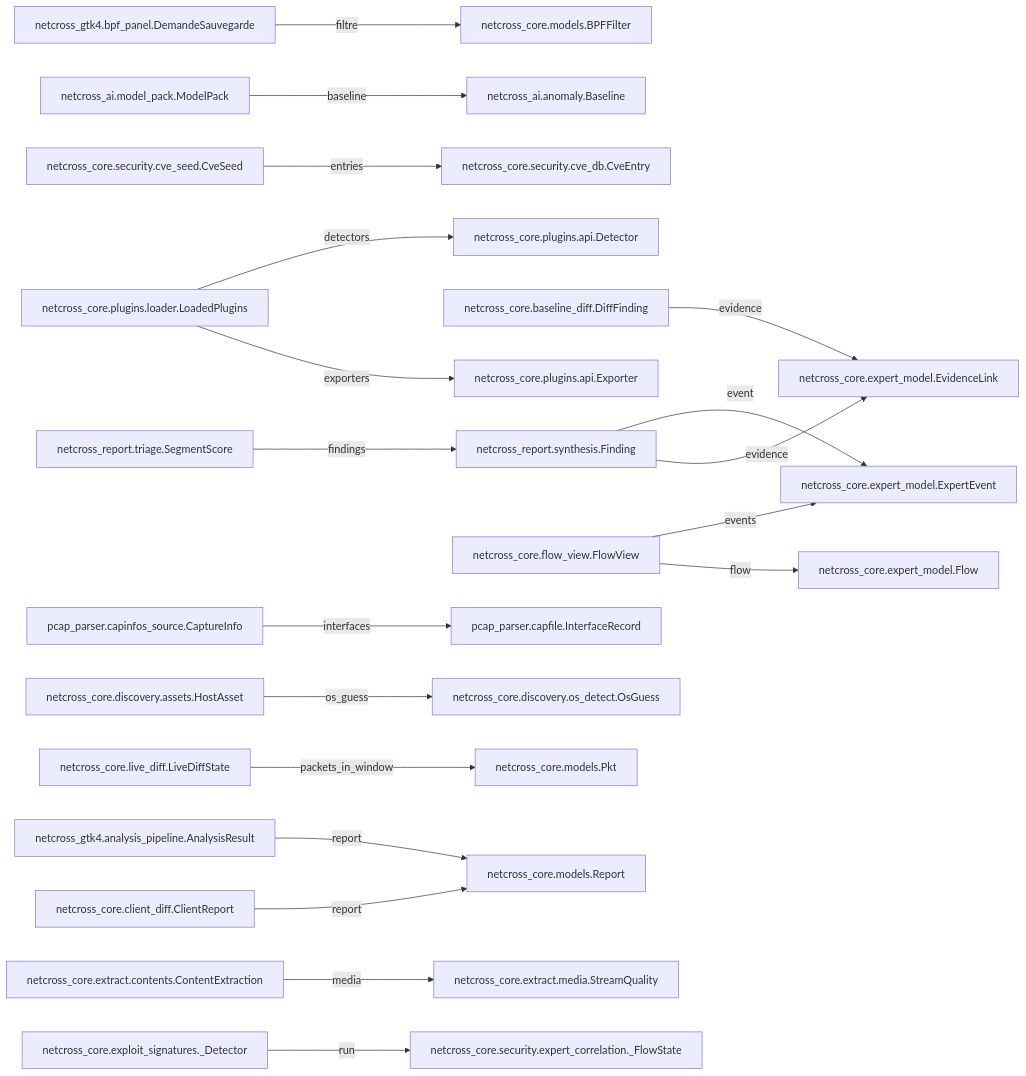
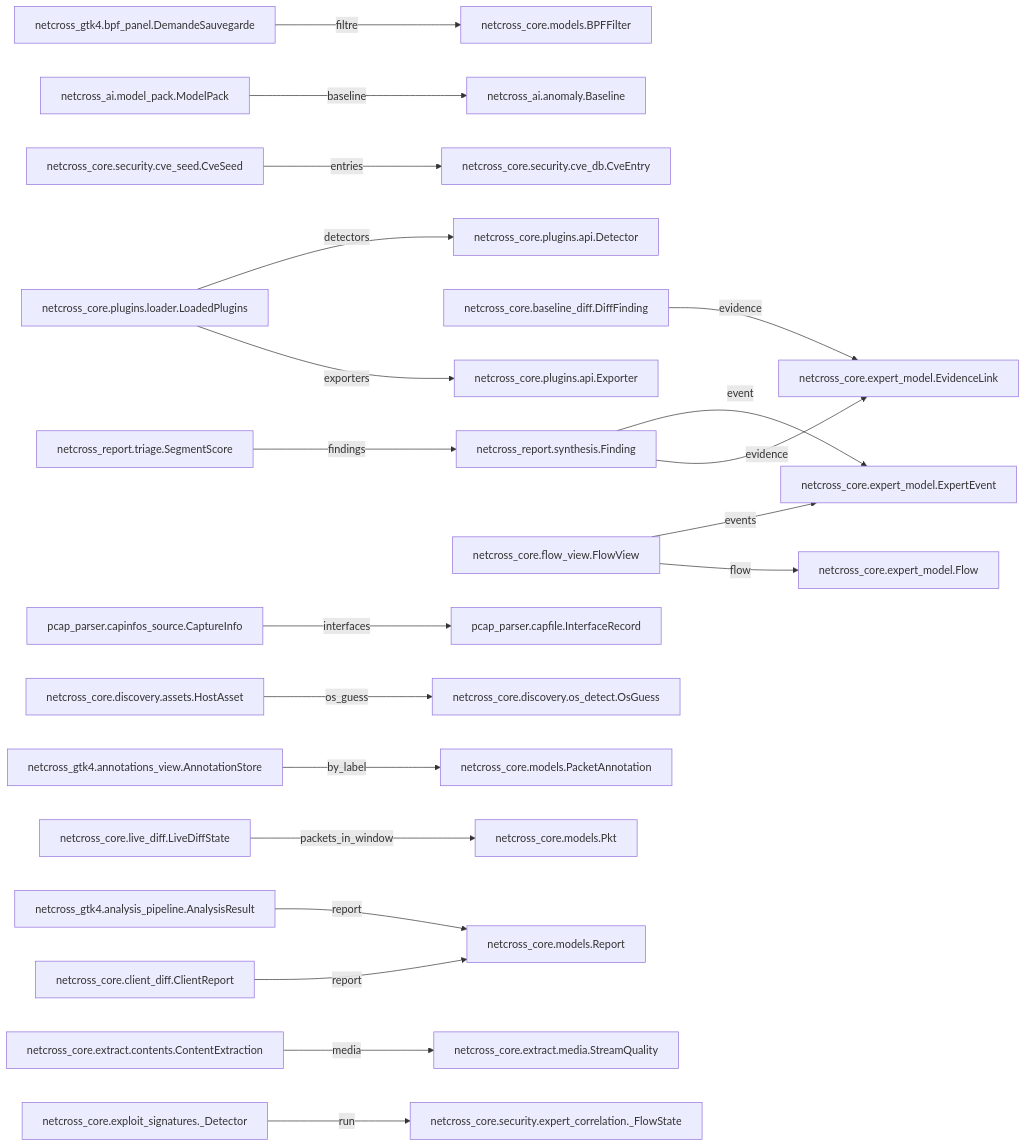
The second of 19 diagrams in docs/class-diagram.md (MathildeDec/Netcross), drawn with Mermaid before and after one commit. The commit also changed other lines of this file and 6 other files, not shown here.

````diff
--- a/docs/class-diagram.md
+++ b/docs/class-diagram.md
@@ -55,50 +55,53 @@
 ```mermaid
 flowchart LR
     AnalysisResult["netcross_gtk4.analysis_pipeline.AnalysisResult"]
+    AnnotationStore["netcross_gtk4.annotations_view.AnnotationStore"]
     BPFFilter["netcross_core.models.BPFFilter"]
     Baseline["netcross_ai.anomaly.Baseline"]
     CaptureInfo["pcap_parser.capinfos_source.CaptureInfo"]
     ClientReport["netcross_core.client_diff.ClientReport"]
     ContentExtraction["netcross_core.extract.contents.ContentExtraction"]
     CveEntry["netcross_core.security.cve_db.CveEntry"]
     CveSeed["netcross_core.security.cve_seed.CveSeed"]
     DemandeSauvegarde["netcross_gtk4.bpf_panel.DemandeSauvegarde"]
     Detector["netcross_core.plugins.api.Detector"]
     DiffFinding["netcross_core.baseline_diff.DiffFinding"]
     EvidenceLink["netcross_core.expert_model.EvidenceLink"]
     ExpertEvent["netcross_core.expert_model.ExpertEvent"]
     Exporter["netcross_core.plugins.api.Exporter"]
     Finding["netcross_report.synthesis.Finding"]
     FlowView["netcross_core.flow_view.FlowView"]
     Flow["netcross_core.expert_model.Flow"]
     HostAsset["netcross_core.discovery.assets.HostAsset"]
     InterfaceRecord["pcap_parser.capfile.InterfaceRecord"]
     LiveDiffState["netcross_core.live_diff.LiveDiffState"]
     LoadedPlugins["netcross_core.plugins.loader.LoadedPlugins"]
     ModelPack["netcross_ai.model_pack.ModelPack"]
     OsGuess["netcross_core.discovery.os_detect.OsGuess"]
+    PacketAnnotation["netcross_core.models.PacketAnnotation"]
     Pkt["netcross_core.models.Pkt"]
     Report["netcross_core.models.Report"]
     SegmentScore["netcross_report.triage.SegmentScore"]
     StreamQuality["netcross_core.extract.media.StreamQuality"]
     _Detector["netcross_core.exploit_signatures._Detector"]
     netcross_core_security_expert_correlation__FlowState["netcross_core.security.expert_correlation._FlowState"]
     AnalysisResult -->|report| Report
+    AnnotationStore -->|by_label| PacketAnnotation
     CaptureInfo -->|interfaces| InterfaceRecord
     ClientReport -->|report| Report
     ContentExtraction -->|media| StreamQuality
     CveSeed -->|entries| CveEntry
     DemandeSauvegarde -->|filtre| BPFFilter
     DiffFinding -->|evidence| EvidenceLink
     Finding -->|event| ExpertEvent
     Finding -->|evidence| EvidenceLink
     FlowView -->|events| ExpertEvent
     FlowView -->|flow| Flow
     HostAsset -->|os_guess| OsGuess
     LiveDiffState -->|packets_in_window| Pkt
     LoadedPlugins -->|detectors| Detector
     LoadedPlugins -->|exporters| Exporter
     ModelPack -->|baseline| Baseline
     SegmentScore -->|findings| Finding
     _Detector -->|run| netcross_core_security_expert_correlation__FlowState
 ```
````
